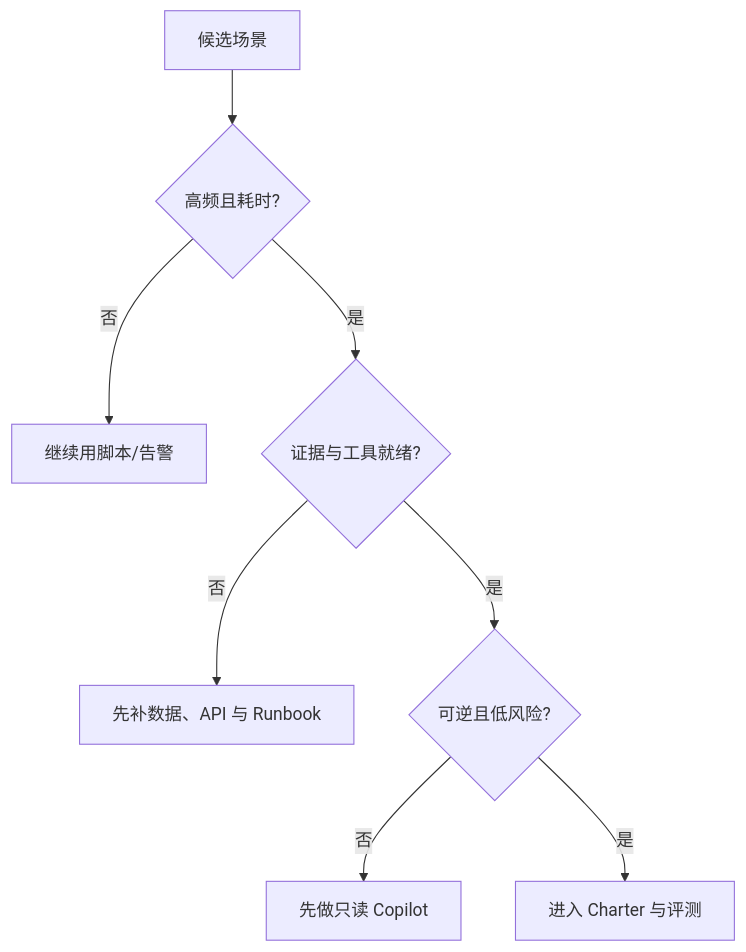
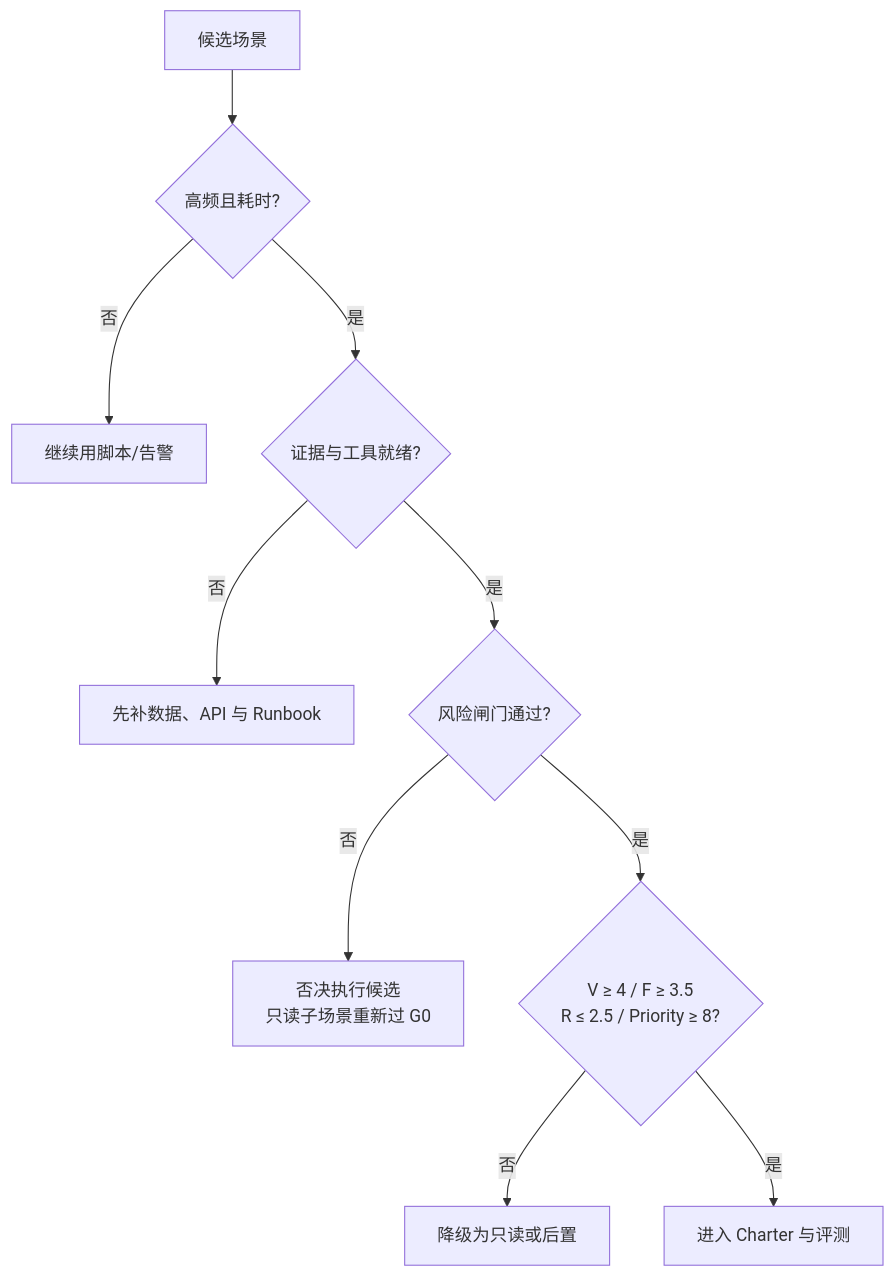
Before and after one commit to ai-guru-global/the-ops-agent-book: the first of 2 diagrams in docs/guide/03-scenario-selection.md, drawn with Mermaid. The commit also changed other lines of this file and 144 other files, not shown here.

````diff
--- a/docs/guide/03-scenario-selection.md
+++ b/docs/guide/03-scenario-selection.md
@@ -38,10 +49,12 @@
 ```mermaid
 flowchart TD
   A[候选场景] --> B{高频且耗时?}
   B -- 否 --> X[继续用脚本/告警]
   B -- 是 --> C{证据与工具就绪?}
   C -- 否 --> Y[先补数据、API 与 Runbook]
-  C -- 是 --> D{可逆且低风险?}
-  D -- 否 --> Z[先做只读 Copilot]
-  D -- 是 --> E[进入 Charter 与评测]
+  C -- 是 --> D{风险闸门通过?}
+  D -- 否 --> Z[否决执行候选<br/>只读子场景重新过 G0]
+  D -- 是 --> Q{V ≥ 4 / F ≥ 3.5<br/>R ≤ 2.5 / Priority ≥ 8?}
+  Q -- 否 --> W[降级为只读或后置]
+  Q -- 是 --> E[进入 Charter 与评测]
 ```
````
